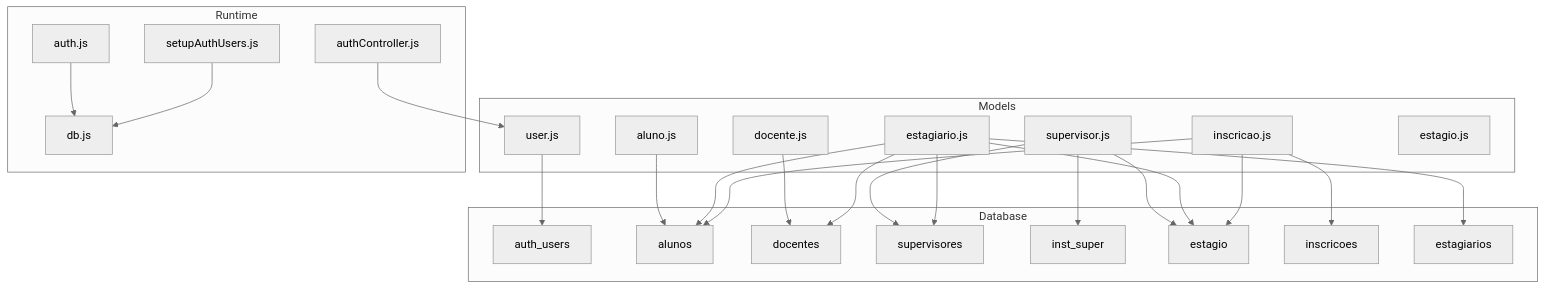
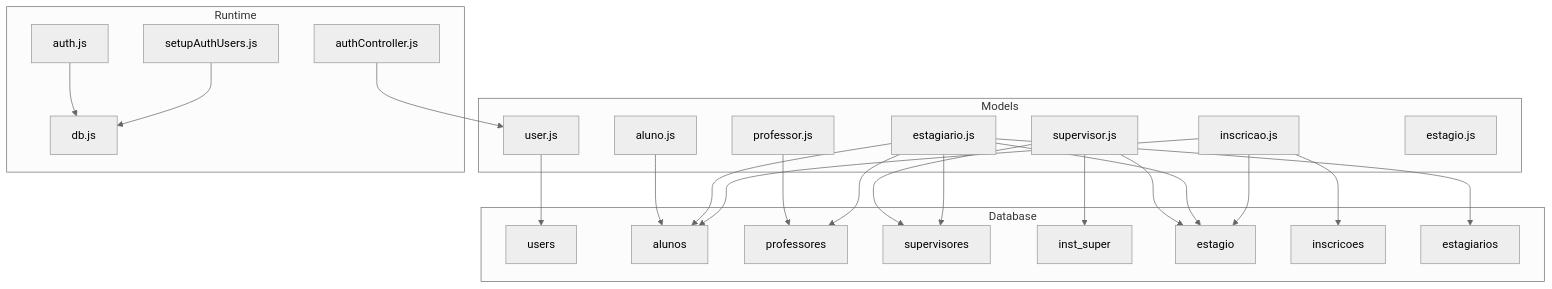
One commit to luiseduacosta/nodemural changed the first of 8 diagrams in .qoder/repowiki/en/content/Data Models & Database Design/Core Data Models.md. Above: the diagram before and after it, drawn with Mermaid (neutral theme). The commit also changed other lines of this file and 30 other files, not shown here.

Commit message:
Update tables schema.

````diff
--- a/.qoder/repowiki/en/content/Data Models & Database Design/Core Data Models.md
+++ b/.qoder/repowiki/en/content/Data Models & Database Design/Core Data Models.md
@@ -42,45 +42,45 @@
 ```mermaid
 graph TB
 subgraph "Models"
 U["user.js"]
 A["aluno.js"]
-D["docente.js"]
+D["professor.js"]
 S["supervisor.js"]
 E["estagiario.js"]
 I["inscricao.js"]
 J["estagio.js"]
 end
 subgraph "Database"
-AU["auth_users"]
+AU["users"]
 AL["alunos"]
-DOC["docentes"]
+DOC["professores"]
 SUP["supervisores"]
 INSTSUP["inst_super"]
 EST["estagio"]
 INSC["inscricoes"]
 ESTAG["estagiarios"]
 end
 subgraph "Runtime"
 M["auth.js"]
 C["authController.js"]
 DB["db.js"]
 SETUP["setupAuthUsers.js"]
 end
 U --> AU
 A --> AL
 D --> DOC
 S --> SUP
 S --> INSTSUP
 S --> EST
 E --> ESTAG
 E --> AL
 E --> DOC
 E --> SUP
 E --> EST
 I --> INSC
 I --> AL
 I --> EST
 M --> DB
 C --> U
 SETUP --> DB
 ```
````
